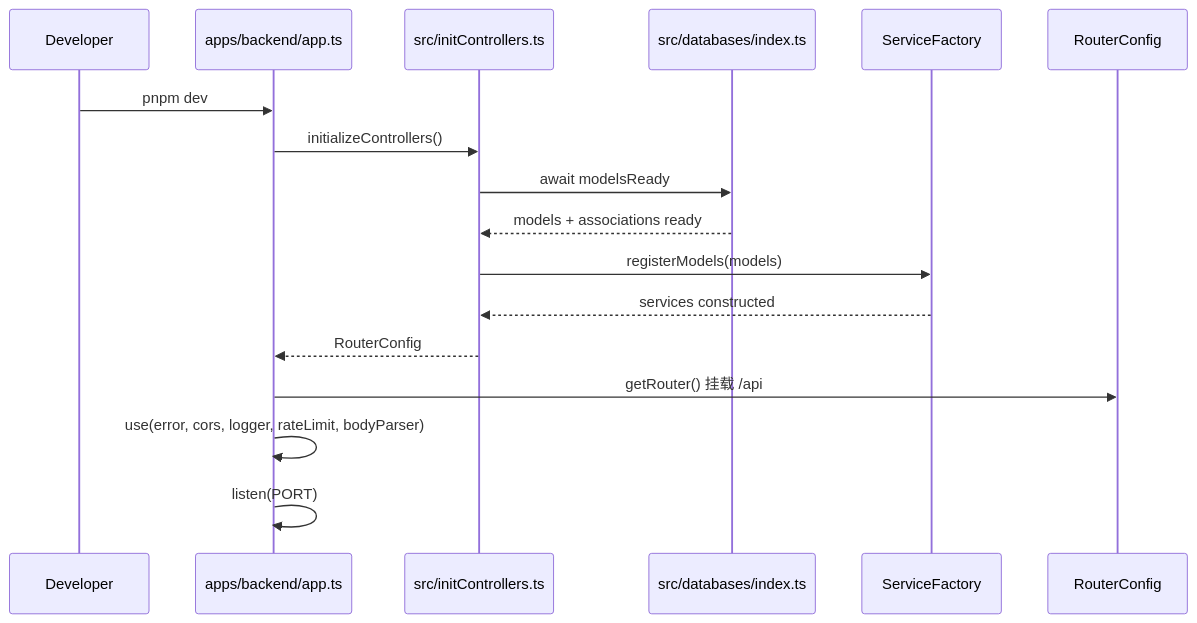
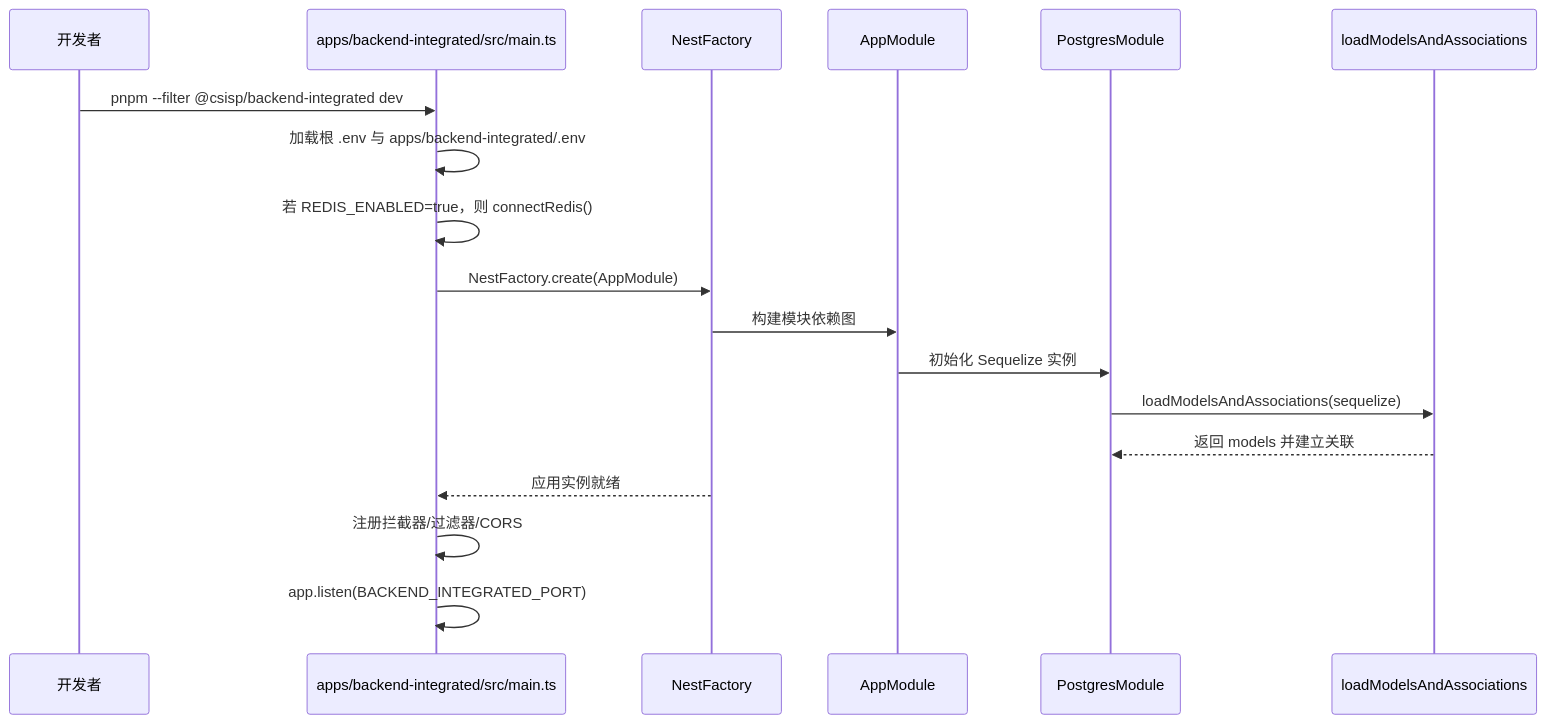
The second of 3 diagrams in docs/src/architecture/技术架构设计文档.md (LZStarV/CSISP), drawn with Mermaid before and after one commit. The commit also changed other lines of this file and 153 other files, not shown here.

````diff
--- a/docs/src/architecture/技术架构设计文档.md
+++ b/docs/src/architecture/技术架构设计文档.md
@@ -443,20 +335,21 @@
 ```mermaid
 sequenceDiagram
-  participant Dev as Developer
-  participant App as apps/backend/app.ts
-  participant Init as src/initControllers.ts
-  participant DB as src/databases/index.ts
-  participant Factory as ServiceFactory
-  participant Router as RouterConfig
+  participant Dev as 开发者
+  participant Main as apps/backend-integrated/src/main.ts
+  participant Nest as NestFactory
+  participant AppMod as AppModule
+  participant PG as PostgresModule
+  participant Models as loadModelsAndAssociations
 
-  Dev->>App: pnpm dev
-  App->>Init: initializeControllers()
-  Init->>DB: await modelsReady
-  DB-->>Init: models + associations ready
-  Init->>Factory: registerModels(models)
-  Factory-->>Init: services constructed
-  Init-->>App: RouterConfig
-  App->>Router: getRouter() 挂载 /api
-  App->>App: use(error, cors, logger, rateLimit, bodyParser)
-  App->>App: listen(PORT)
+  Dev->>Main: pnpm --filter @csisp/backend-integrated dev
+  Main->>Main: 加载根 .env 与 apps/backend-integrated/.env
+  Main->>Main: 若 REDIS_ENABLED=true，则 connectRedis()
+  Main->>Nest: NestFactory.create(AppModule)
+  Nest->>AppMod: 构建模块依赖图
+  AppMod->>PG: 初始化 Sequelize 实例
+  PG->>Models: loadModelsAndAssociations(sequelize)
+  Models-->>PG: 返回 models 并建立关联
+  Nest-->>Main: 应用实例就绪
+  Main->>Main: 注册拦截器/过滤器/CORS
+  Main->>Main: app.listen(BACKEND_INTEGRATED_PORT)
 ```
````
